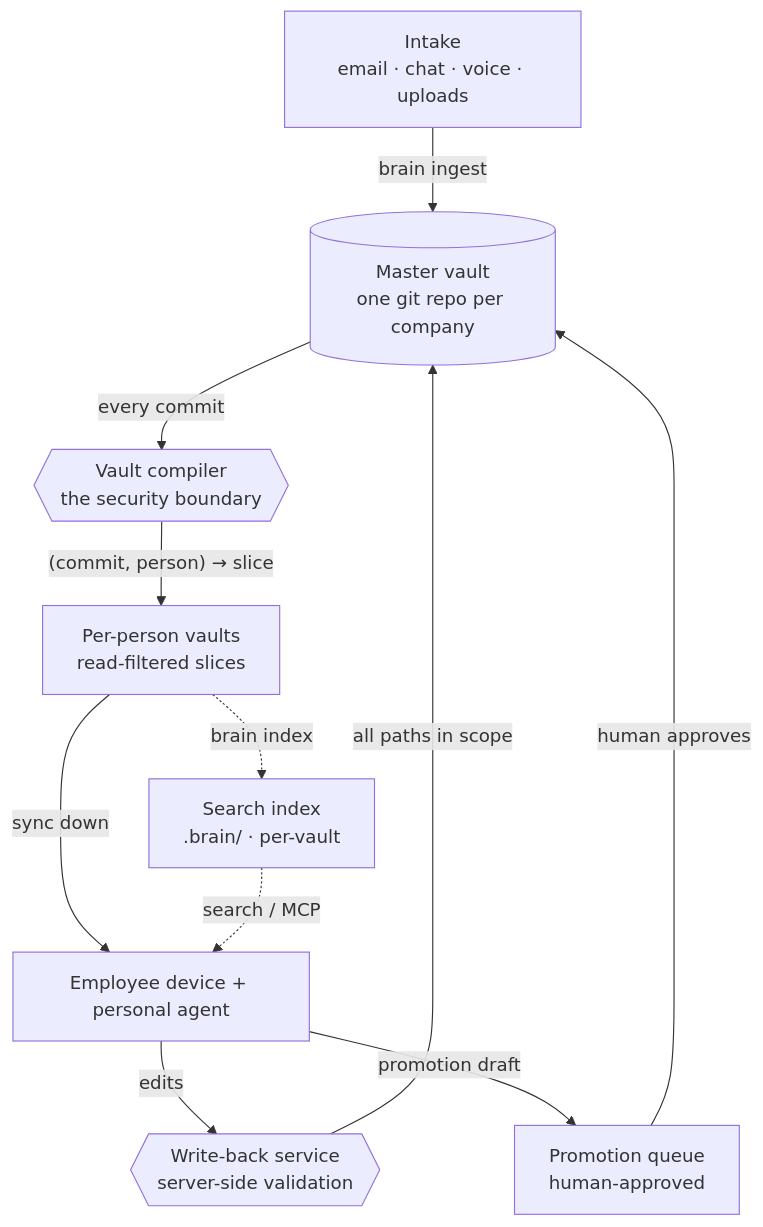
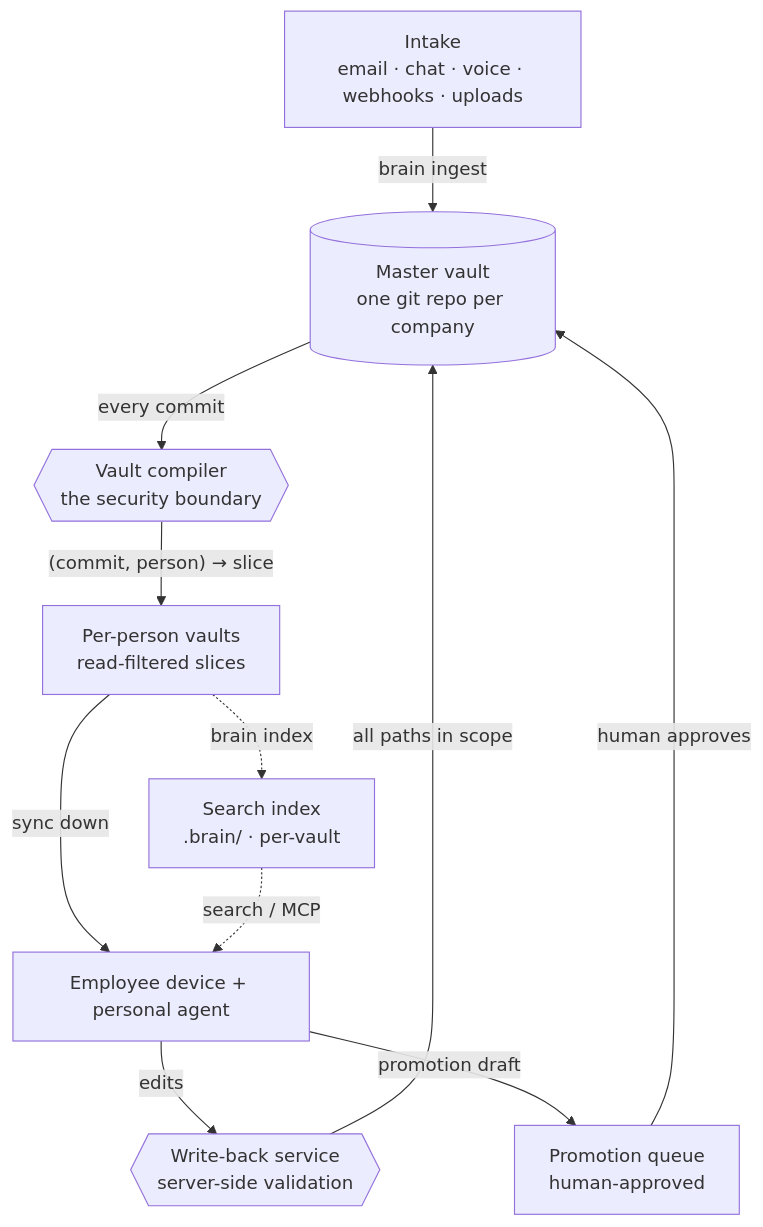
Before and after one commit to joedanz/brainkit: the diagram in website/index.mdx, drawn with Mermaid. The commit also changed other lines of this file and 21 other files, not shown here.

````diff
--- a/website/index.mdx
+++ b/website/index.mdx
@@ -20,21 +20,21 @@
 ```mermaid
 flowchart TB
     M[(Master vault<br/>one git repo per company)]
     C{{Vault compiler<br/>the security boundary}}
     V["Per-person vaults<br/>read-filtered slices"]
     E[Employee device + personal agent]
     W{{Write-back service<br/>server-side validation}}
     Q[Promotion queue<br/>human-approved]
-    In["Intake<br/>email · chat · voice · uploads"]
+    In["Intake<br/>email · chat · voice · webhooks · uploads"]
 
     In -->|brain ingest| M
     M -->|every commit| C
     C -->|"(commit, person) → slice"| V
     V -->|sync down| E
     V -.->|brain index| I["Search index<br/>.brain/ · per-vault"]
     I -.->|search / MCP| E
     E -->|edits| W
     W -->|all paths in scope| M
     E -->|promotion draft| Q
     Q -->|human approves| M
 ```
````
